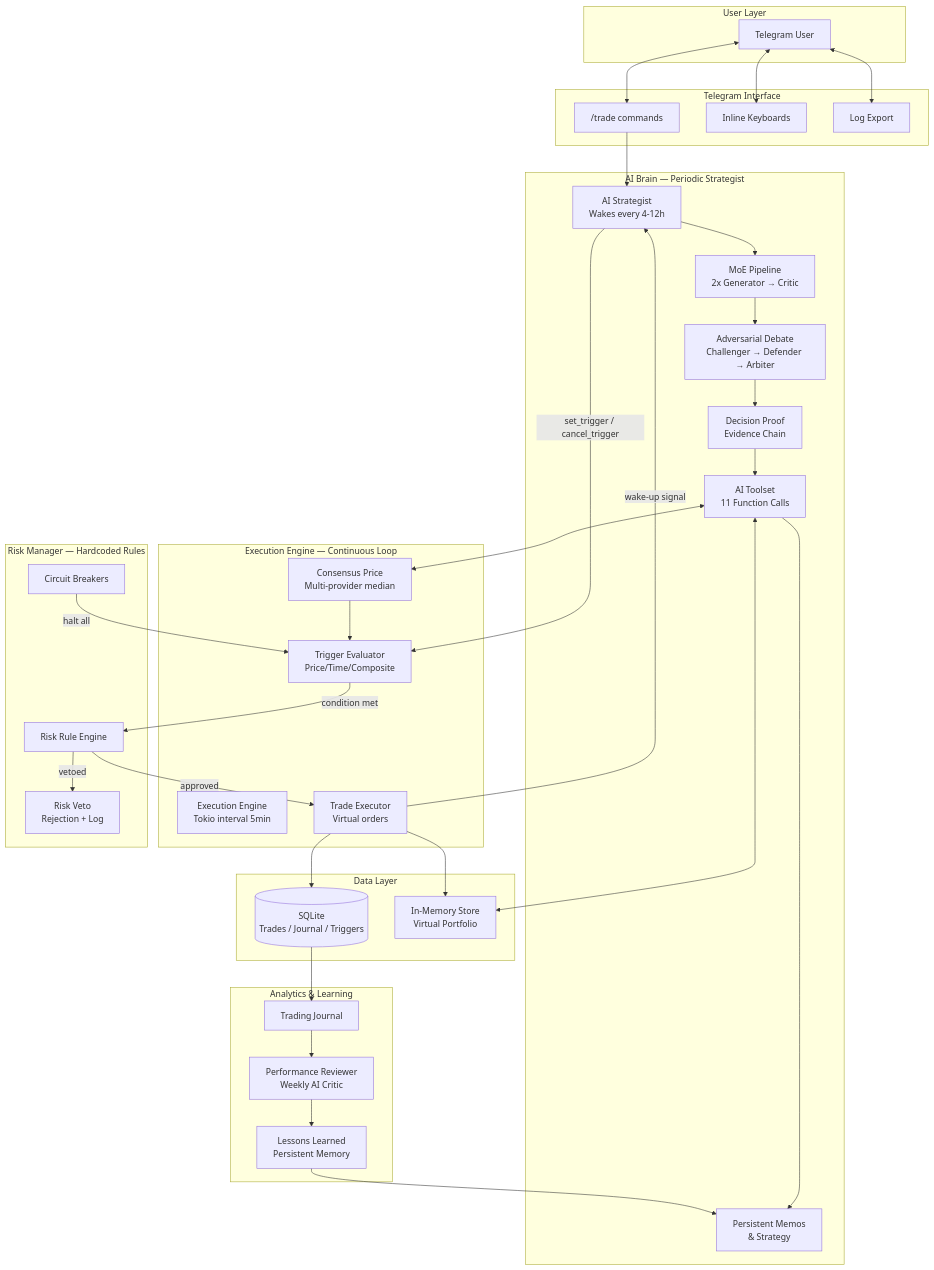
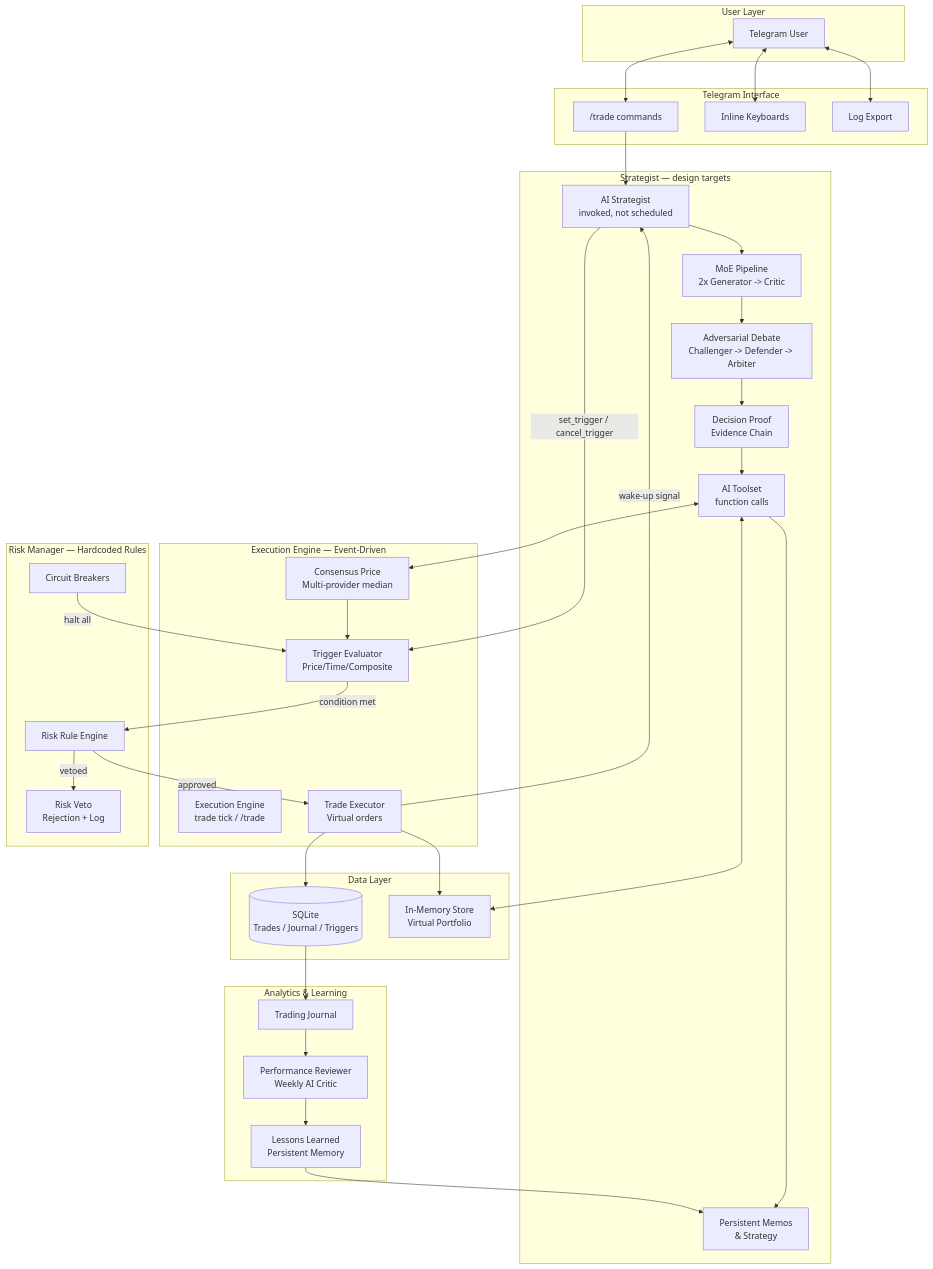
One commit to Envel-Nikita-Gutsenkov/CryptographBot changed the diagram in docs/trading/architecture.md. Above: the diagram before and after it, drawn with Mermaid. The commit also changed other lines of this file and 23 other files, not shown here.

````diff
--- a/docs/trading/architecture.md
+++ b/docs/trading/architecture.md
@@ -17,74 +23,74 @@
 ```mermaid
 graph TD
     subgraph "User Layer"
         TG[Telegram User]
     end
 
     subgraph "Telegram Interface"
         CMD["/trade commands"]
         KB[Inline Keyboards]
         EXPORT[Log Export]
     end
 
-    subgraph "AI Brain — Periodic Strategist"
-        AI[AI Strategist<br/>Wakes every 4-12h]
-        MOE[MoE Pipeline<br/>2x Generator → Critic]
-        DEBATE[Adversarial Debate<br/>Challenger → Defender → Arbiter]
+    subgraph "Strategist — design targets"
+        AI[AI Strategist<br/>invoked, not scheduled]
+        MOE[MoE Pipeline<br/>2x Generator -> Critic]
+        DEBATE[Adversarial Debate<br/>Challenger -> Defender -> Arbiter]
         PROOF[Decision Proof<br/>Evidence Chain]
-        TOOLS[AI Toolset<br/>11 Function Calls]
+        TOOLS[AI Toolset<br/>function calls]
         MEMORY[Persistent Memos<br/>& Strategy]
     end
 
-    subgraph "Execution Engine — Continuous Loop"
-        ENGINE[Execution Engine<br/>Tokio interval 5min]
+    subgraph "Execution Engine — Event-Driven"
+        ENGINE[Execution Engine<br/>trade tick / /trade]     
         TRIGGERS[Trigger Evaluator<br/>Price/Time/Composite]
         CONSENSUS[Consensus Price<br/>Multi-provider median]
         EXEC[Trade Executor<br/>Virtual orders]
     end
 
     subgraph "Risk Manager — Hardcoded Rules"
         RISK[Risk Rule Engine]
         VETO[Risk Veto<br/>Rejection + Log]
         CIRCUIT[Circuit Breakers]
     end
 
     subgraph "Data Layer"
         SQLITE[(SQLite<br/>Trades / Journal / Triggers)]
         RAM[In-Memory Store<br/>Virtual Portfolio]
     end
 
     subgraph "Analytics & Learning"
         JOURNAL[Trading Journal]
         PERF[Performance Reviewer<br/>Weekly AI Critic]
         LESSONS[Lessons Learned<br/>Persistent Memory]
     end
 
     TG <--> CMD
     TG <--> KB
     TG <--> EXPORT
     CMD --> AI
 
     AI --> MOE
     MOE --> DEBATE
     DEBATE --> PROOF
     PROOF --> TOOLS
     TOOLS <--> CONSENSUS
     TOOLS <--> RAM
     TOOLS --> MEMORY
     AI -->|set_trigger / cancel_trigger| TRIGGERS
 
     CONSENSUS --> TRIGGERS
     TRIGGERS -->|condition met| RISK
     RISK -->|approved| EXEC
     RISK -->|vetoed| VETO
     EXEC --> RAM
     EXEC --> SQLITE
     EXEC -->|wake-up signal| AI
 
     SQLITE --> JOURNAL
     JOURNAL --> PERF
     PERF --> LESSONS
     LESSONS --> MEMORY
 
     CIRCUIT -->|halt all| TRIGGERS
 ```
````
